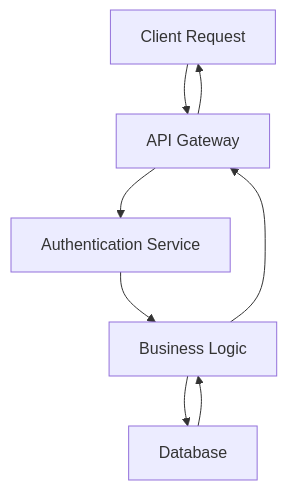
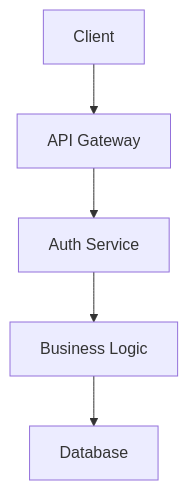
Before and after one commit to johanesalxd/random-stuff: the diagram in agent_stuff/CODE_STANDARDS.md, drawn with Mermaid. The commit also changed other lines of this file and 1 other file, not shown here.

````diff
--- a/agent_stuff/CODE_STANDARDS.md
+++ b/agent_stuff/CODE_STANDARDS.md
@@ -620,10 +543,7 @@
 ```mermaid
 graph TD
-    A[Client Request] --> B[API Gateway]
-    B --> C[Authentication Service]
+    A[Client] --> B[API Gateway]
+    B --> C[Auth Service]
     C --> D[Business Logic]
     D --> E[Database]
-    E --> D
-    D --> B
-    B --> A
 ```
````
